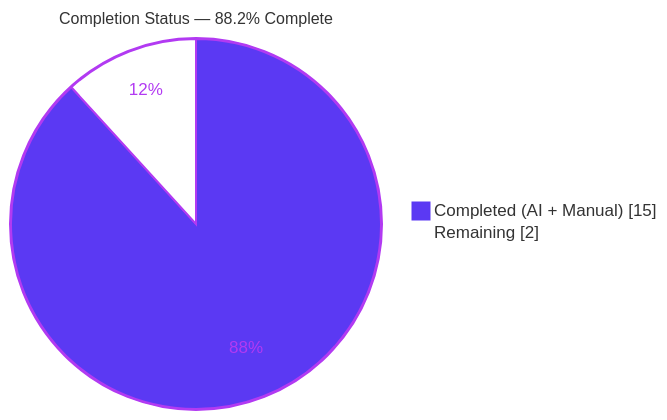
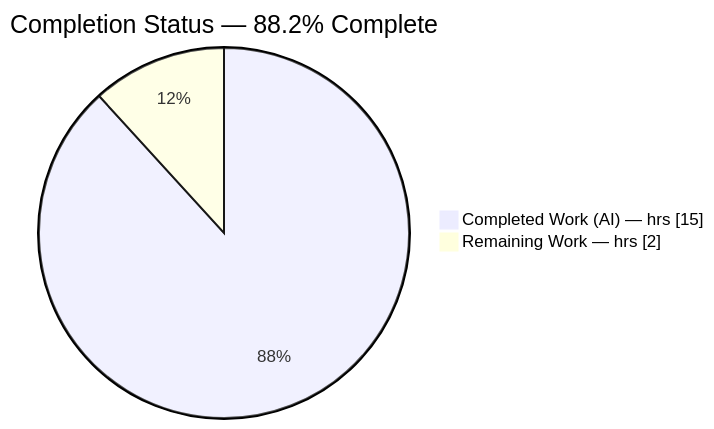
One commit to lakshya-blitzy/march_repo_hello_world changed the first of 4 diagrams in blitzy/documentation/Project Guide.md. Above: the diagram before and after it, drawn with Mermaid. The commit also changed other lines of this file, not shown here.

Commit message:
Adding Blitzy Project Guide: Project Status and Human Tasks Remaining

````diff
--- a/blitzy/documentation/Project Guide.md
+++ b/blitzy/documentation/Project Guide.md
@@ -21,7 +16,5 @@
 ```mermaid
-%%{init: {"theme":"base","themeVariables":{"pie1":"#5B39F3","pie2":"#FFFFFF","pieStrokeColor":"#B23AF2","pieOuterStrokeColor":"#B23AF2","pieStrokeWidth":"2px","pieTitleTextSize":"16px","pieSectionTextColor":"#B23AF2","pieOpacity":"1"}}}%%
-pie showData
-    title Completion Status — 88.2% Complete
-    "Completed (AI + Manual)" : 15
-    "Remaining" : 2
+pie showData title Completion Status — 88.2% Complete
+    "Completed Work (AI) — hrs" : 15
+    "Remaining Work — hrs" : 2
 ```
````
